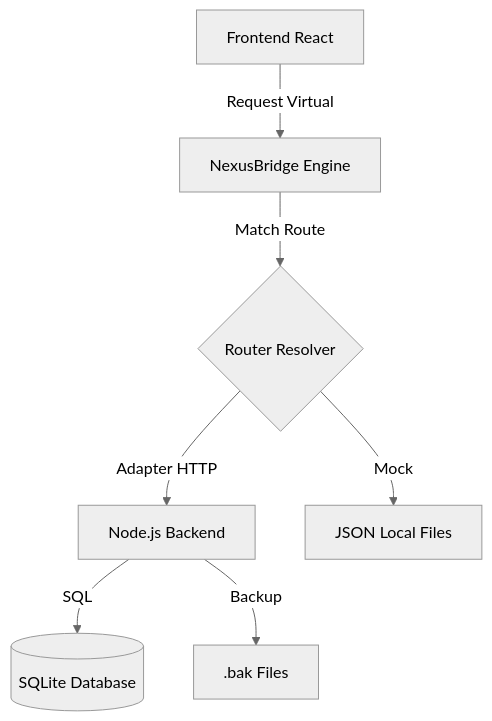
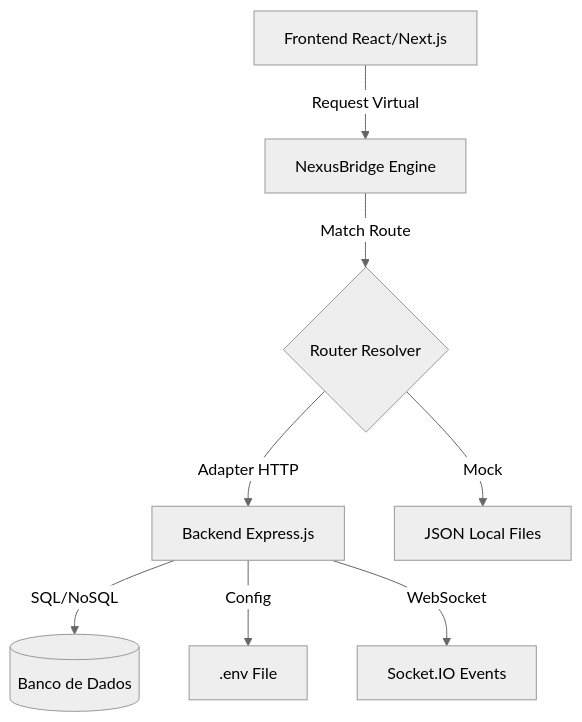
Before and after one commit to charaodaniel/CityMotion: the third of 7 diagrams in docs/DIAGRAMS.md, drawn with Mermaid (neutral theme). The commit also changed other lines of this file and 2072 other files, not shown here.

````diff
--- a/docs/DIAGRAMS.md
+++ b/docs/DIAGRAMS.md
@@ -58,9 +57,10 @@
 ```mermaid
 graph TD
-    A[Frontend React] -->|Request Virtual| B[NexusBridge Engine]
+    A[Frontend React/Next.js] -->|Request Virtual| B[NexusBridge Engine]
     B -->|Match Route| C{Router Resolver}
-    C -->|Adapter HTTP| D[Node.js Backend]
-    D -->|SQL| E[(SQLite Database)]
-    C -->|Mock| F[JSON Local Files]
-    D -->|Backup| G[.bak Files]
+    C -->|Adapter HTTP| D[Backend Express.js]
+    D -->|SQL/NoSQL| E[(Banco de Dados)]
+    D -->|Config| F[.env File]
+    C -->|Mock| G[JSON Local Files]
+    D -->|WebSocket| H[Socket.IO Events]
 ```
````
